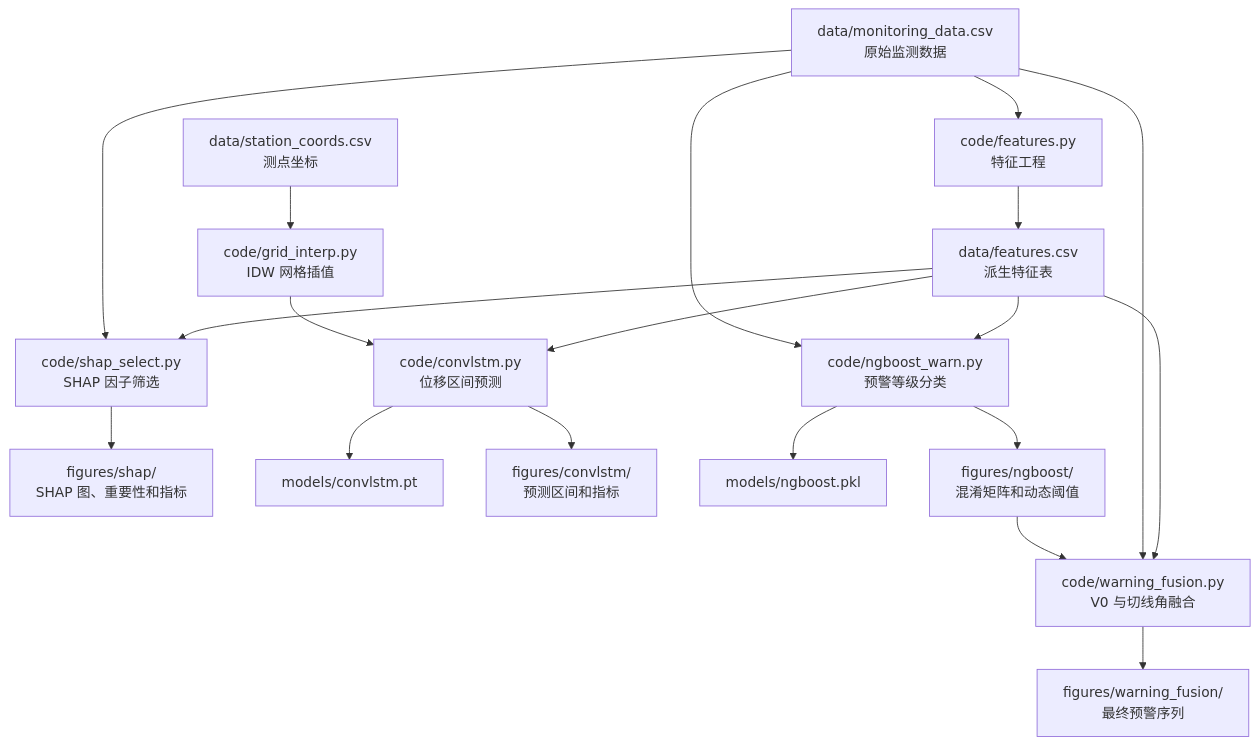
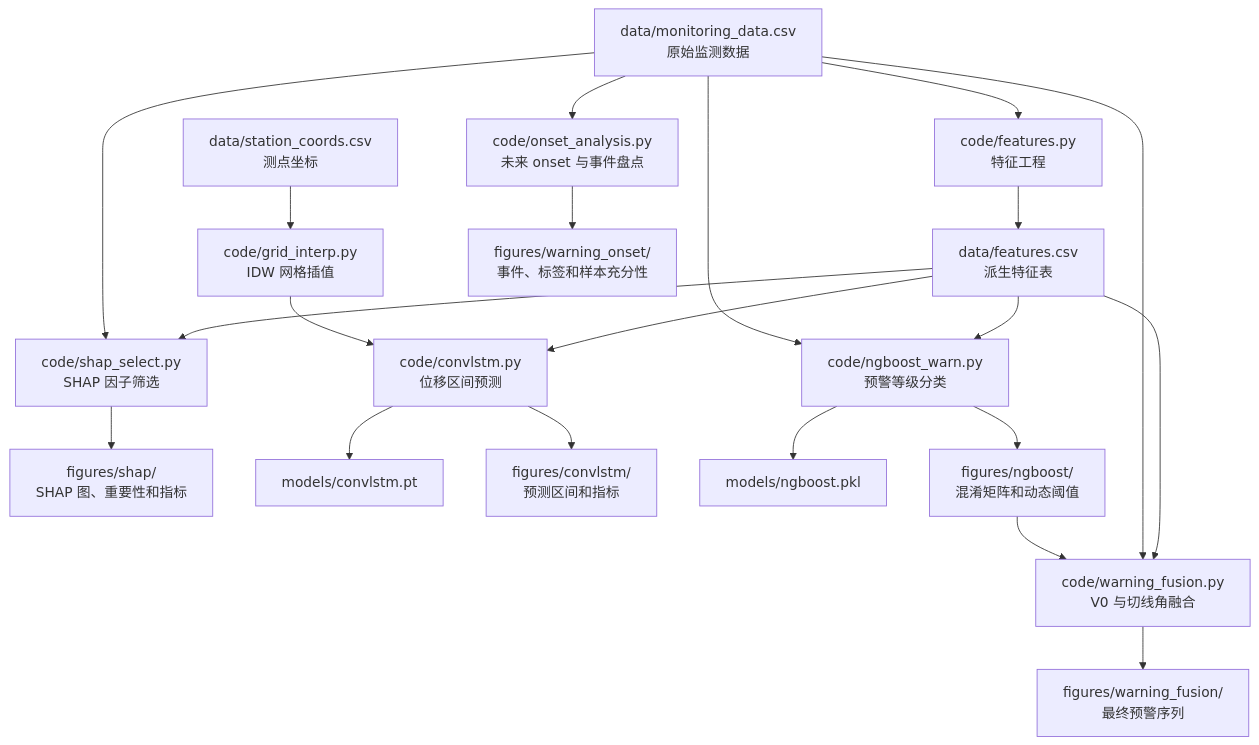
One commit to wcqqq1214/Landslide-Warning changed the diagram in README.md. Above: the diagram before and after it, drawn with Mermaid. The commit also changed other lines of this file and 13 other files, not shown here.

````diff
--- a/README.md
+++ b/README.md
@@ -118,21 +127,23 @@
 ```mermaid
 flowchart TD
     A["data/monitoring_data.csv<br/>原始监测数据"] --> B["code/features.py<br/>特征工程"]
     B --> C["data/features.csv<br/>派生特征表"]
     C --> D["code/shap_select.py<br/>SHAP 因子筛选"]
     A --> D
     D --> E["figures/shap/<br/>SHAP 图、重要性和指标"]
     C --> F["code/convlstm.py<br/>位移区间预测"]
     G["data/station_coords.csv<br/>测点坐标"] --> H["code/grid_interp.py<br/>IDW 网格插值"]
     H --> F
     F --> I["models/convlstm.pt"]
     F --> J["figures/convlstm/<br/>预测区间和指标"]
     C --> K["code/ngboost_warn.py<br/>预警等级分类"]
     A --> K
     K --> L["models/ngboost.pkl"]
     K --> M["figures/ngboost/<br/>混淆矩阵和动态阈值"]
     C --> N["code/warning_fusion.py<br/>V0 与切线角融合"]
     A --> N
     M --> N
     N --> O["figures/warning_fusion/<br/>最终预警序列"]
+    A --> P["code/onset_analysis.py<br/>未来 onset 与事件盘点"]
+    P --> Q["figures/warning_onset/<br/>事件、标签和样本充分性"]
 ```
````
